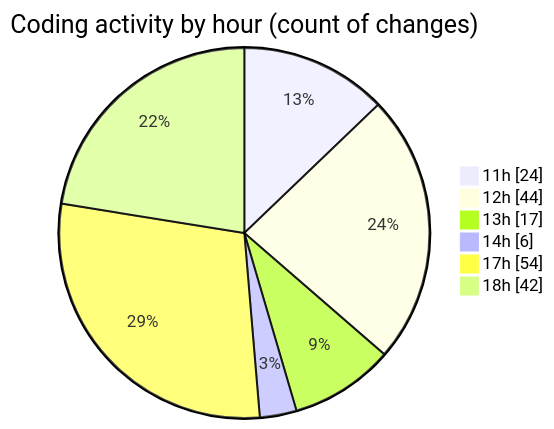
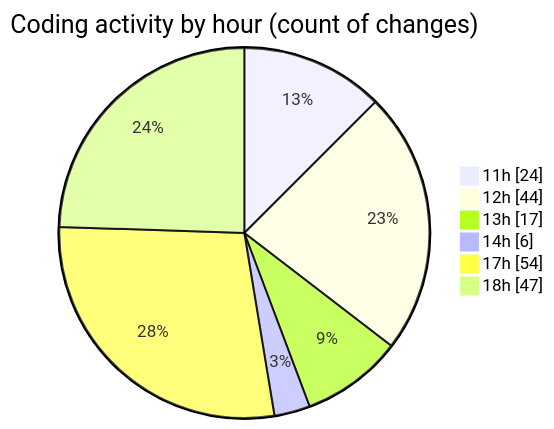
Before and after one commit to nxtqubesakshisongat/code-tracking: the second of 2 diagrams in 2025-05-10/argos-dev/README.md, drawn with Mermaid. The commit also changed other lines of this file and 1 other file, not shown here.

````diff
--- a/2025-05-10/argos-dev/README.md
+++ b/2025-05-10/argos-dev/README.md
@@ -41,10 +41,10 @@
 ```mermaid
 pie showData
 title Coding activity by hour (count of changes)
 "11h" : 24
 "12h" : 44
 "13h" : 17
 "14h" : 6
 "17h" : 54
-"18h" : 42
+"18h" : 47
 ```
````
